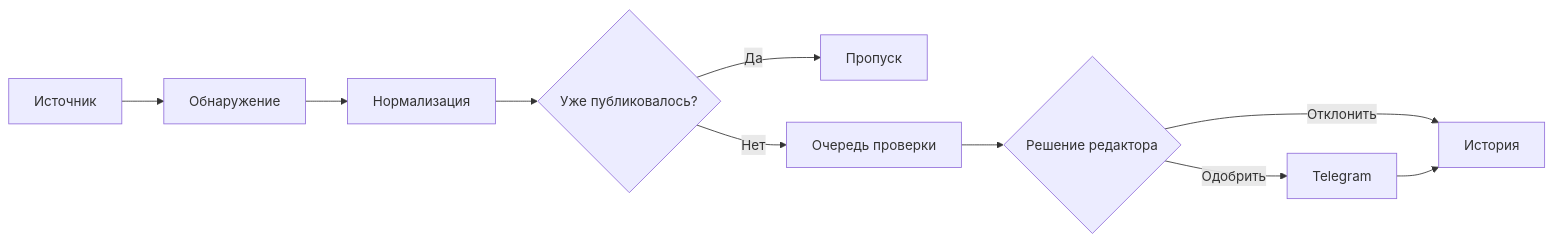
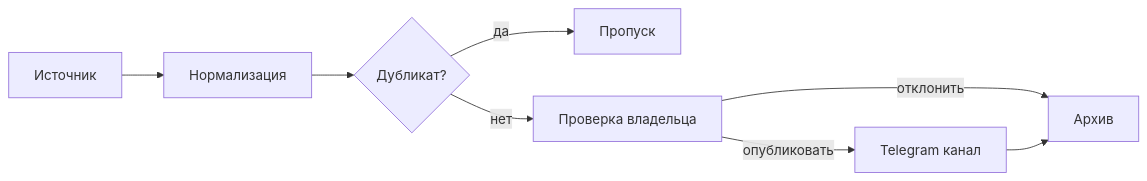
One commit to jutsu-dev/UnixGramChangelog changed the diagram in README.md. Above: the diagram before and after it, drawn with Mermaid. The commit also changed other lines of this file and 23 other files, not shown here.

````diff
--- a/README.md
+++ b/README.md
@@ -30,12 +28,10 @@
 ```mermaid
 flowchart LR
-    A[Источник] --> B[Обнаружение]
-    B --> C[Нормализация]
-    C --> D{Уже публиковалось?}
-    D -- Да --> E[Пропуск]
-    D -- Нет --> F[Очередь проверки]
-    F --> G{Решение редактора}
-    G -- Одобрить --> H[Telegram]
-    G -- Отклонить --> I[История]
-    H --> I
+    S[Источник] --> N[Нормализация]
+    N --> D{Дубликат?}
+    D -- да --> X[Пропуск]
+    D -- нет --> R[Проверка владельца]
+    R -- отклонить --> A[Архив]
+    R -- опубликовать --> T[Telegram канал]
+    T --> A
 ```
````
